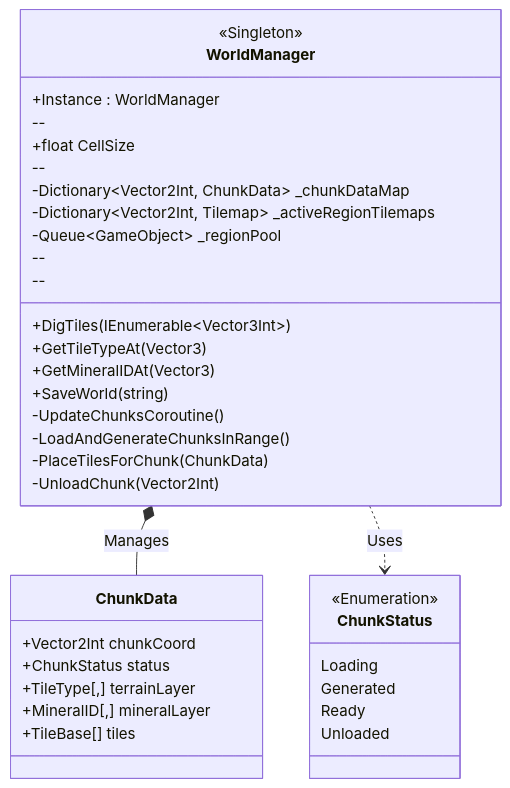
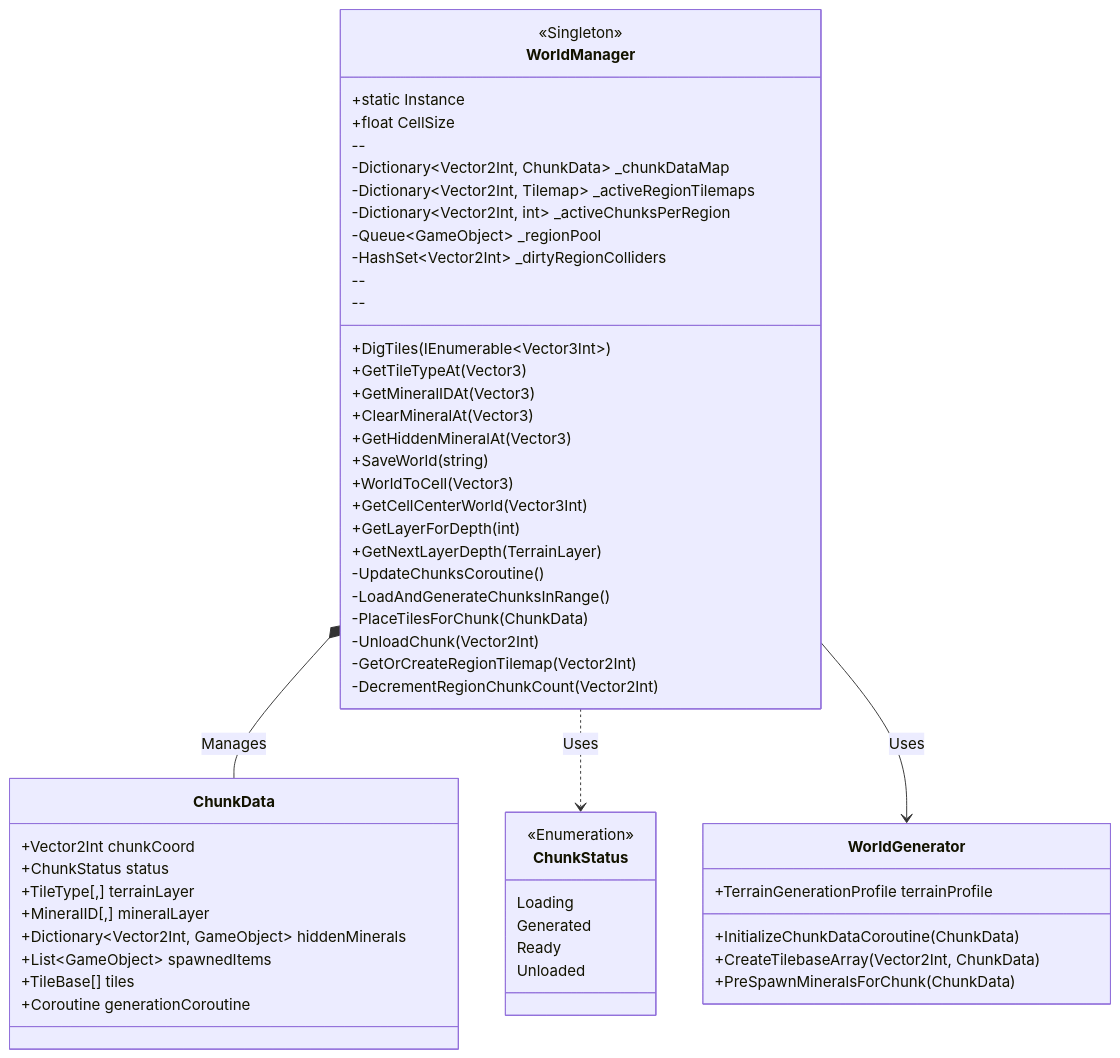
One commit to 2025-HandsomeGuys/Sap changed the first of 3 diagrams in md/WorldManager.md. Above: the diagram before and after it, drawn with Mermaid. The commit also changed other lines of this file and 29 other files, not shown here.

````diff
--- a/md/WorldManager.md
+++ b/md/WorldManager.md
@@ -8,42 +8,62 @@
 ```mermaid
 classDiagram
     class WorldManager {
         <<Singleton>>
-        +Instance : WorldManager
-        --
+        +static Instance
         +float CellSize
         --
         -Dictionary~Vector2Int, ChunkData~ _chunkDataMap
         -Dictionary~Vector2Int, Tilemap~ _activeRegionTilemaps
+        -Dictionary~Vector2Int, int~ _activeChunksPerRegion
         -Queue~GameObject~ _regionPool
+        -HashSet~Vector2Int~ _dirtyRegionColliders
         --
         +DigTiles(IEnumerable~Vector3Int~)
         +GetTileTypeAt(Vector3)
         +GetMineralIDAt(Vector3)
+        +ClearMineralAt(Vector3)
+        +GetHiddenMineralAt(Vector3)
         +SaveWorld(string)
+        +WorldToCell(Vector3)
+        +GetCellCenterWorld(Vector3Int)
+        +GetLayerForDepth(int)
+        +GetNextLayerDepth(TerrainLayer)
         --
         -UpdateChunksCoroutine()
         -LoadAndGenerateChunksInRange()
         -PlaceTilesForChunk(ChunkData)
         -UnloadChunk(Vector2Int)
+        -GetOrCreateRegionTilemap(Vector2Int)
+        -DecrementRegionChunkCount(Vector2Int)
     }
 
     class ChunkData {
         +Vector2Int chunkCoord
         +ChunkStatus status
         +TileType[,] terrainLayer
         +MineralID[,] mineralLayer
+        +Dictionary~Vector2Int, GameObject~ hiddenMinerals
+        +List~GameObject~ spawnedItems
         +TileBase[] tiles
+        +Coroutine generationCoroutine
     }
 
     class ChunkStatus {
         <<Enumeration>>
         Loading
         Generated
         Ready
         Unloaded
     }
 
+    class WorldGenerator {
+        +TerrainGenerationProfile terrainProfile
+        +InitializeChunkDataCoroutine(ChunkData)
+        +CreateTilebaseArray(Vector2Int, ChunkData)
+        +PreSpawnMineralsForChunk(ChunkData)
+    }
+
     WorldManager *-- ChunkData : Manages
     WorldManager ..> ChunkStatus : Uses
+    WorldManager --> WorldGenerator : Uses
 ```
````
